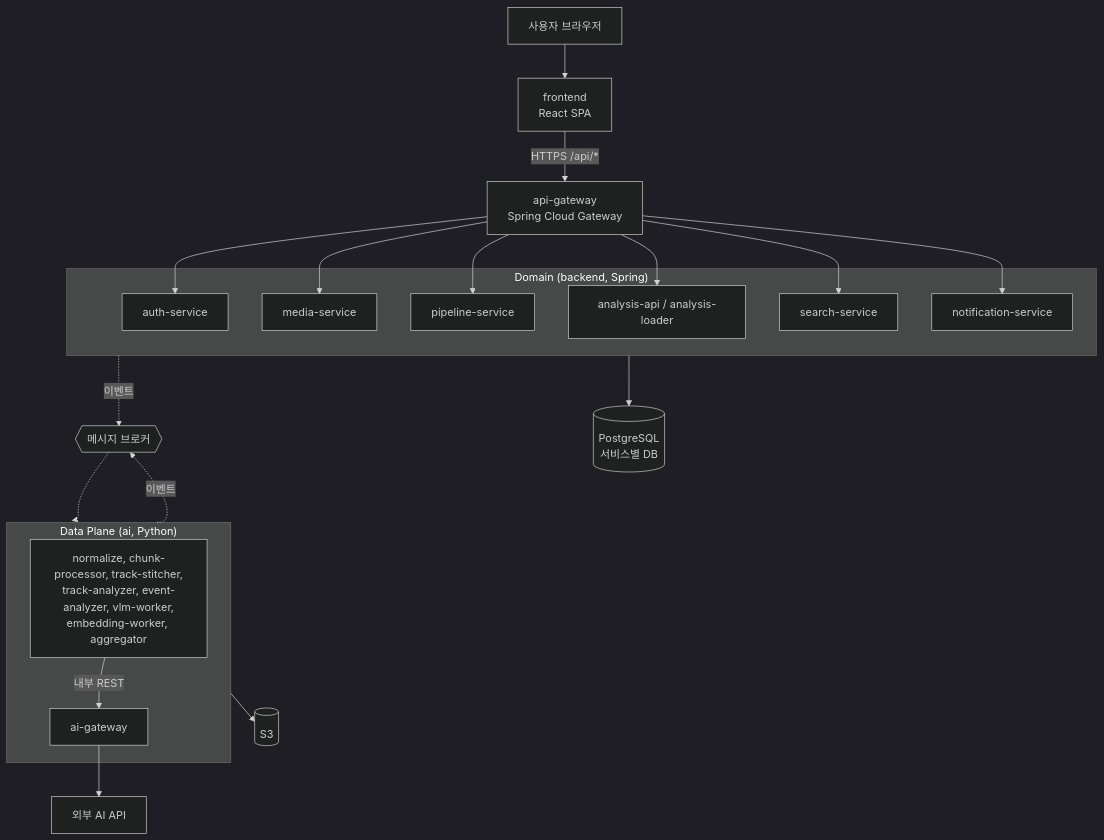
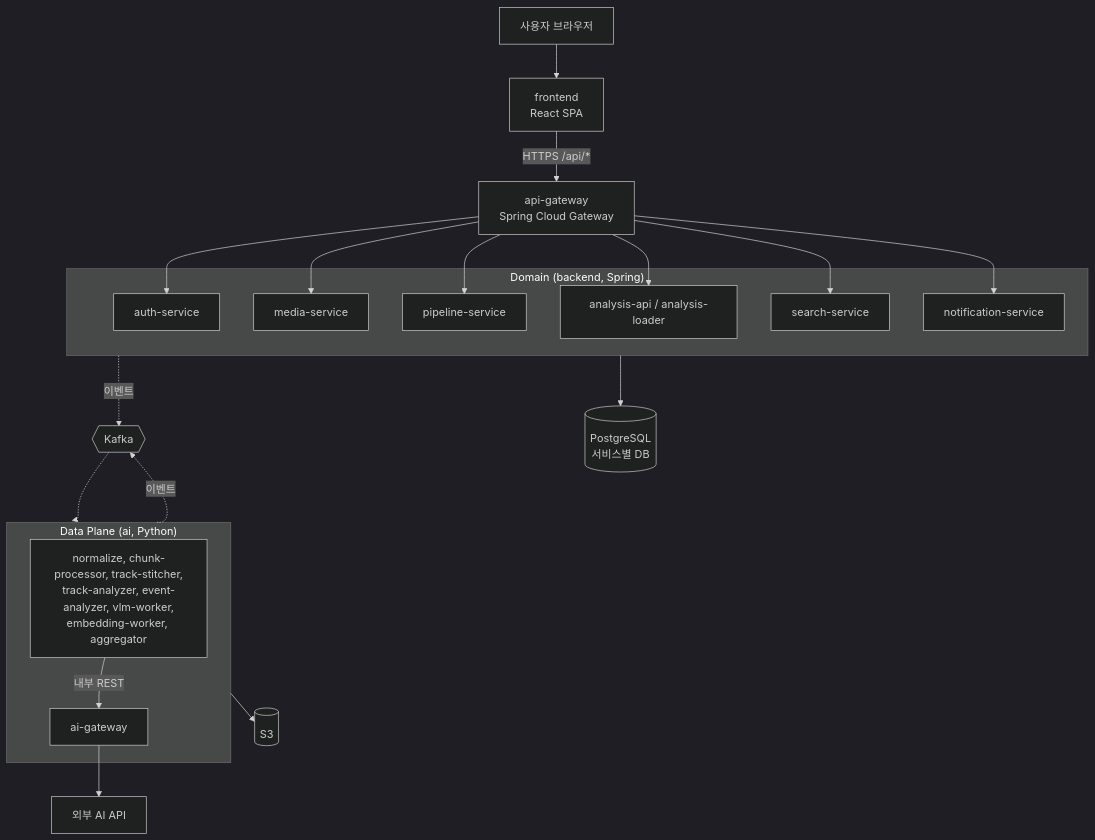
Before and after one commit to p5-3-final/docs: the first of 3 diagrams in docs/architecture/overview.md, drawn with Mermaid (dark theme). The commit also changed other lines of this file and 4 other files, not shown here.

````diff
--- a/docs/architecture/overview.md
+++ b/docs/architecture/overview.md
@@ -11,25 +11,25 @@
 ```mermaid
 flowchart TB
   U[사용자 브라우저] --> FE[frontend<br/>React SPA]
   FE -->|HTTPS /api/*| GW[api-gateway<br/>Spring Cloud Gateway]
   subgraph Domain["Domain (backend, Spring)"]
     AU[auth-service]
     ME[media-service]
     PL[pipeline-service]
     AN[analysis-api / analysis-loader]
     SE[search-service]
     NO[notification-service]
   end
   GW --> AU & ME & PL & AN & SE & NO
-  Domain -.이벤트.-> MB{{메시지 브로커}}
+  Domain -.이벤트.-> MB{{Kafka}}
   MB -.-> DP
   DP -.이벤트.-> MB
   subgraph DP["Data Plane (ai, Python)"]
     WK[normalize, chunk-processor, track-stitcher,<br/>track-analyzer, event-analyzer, vlm-worker,<br/>embedding-worker, aggregator]
     AG[ai-gateway]
     WK -->|내부 REST| AG
   end
   AG --> EXT[외부 AI API]
   Domain --> DB[(PostgreSQL<br/>서비스별 DB)]
   DP --> S3[(S3)]
 ```
````
